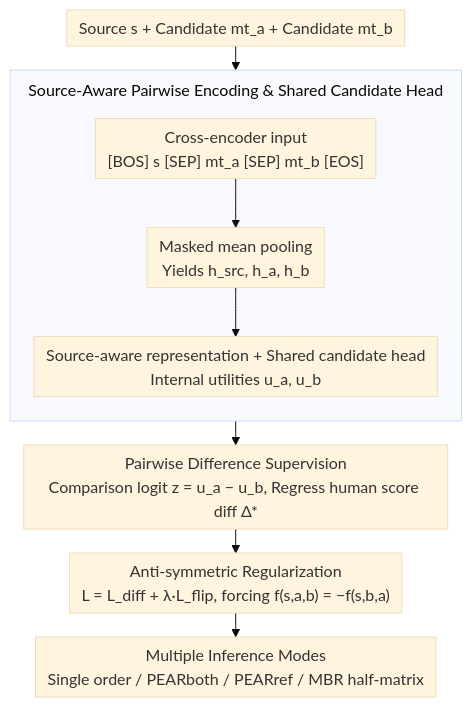
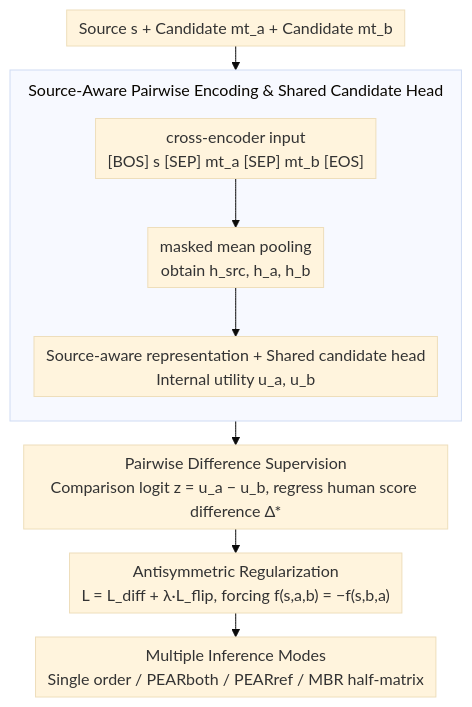
One commit to zhaoyang97/Paper-Notes-en changed the diagram in docs/ACL2026/multilingual_mt/pear_pairwise_evaluation_for_automatic_relative_scoring_in_machine_translation.md. Above: the diagram before and after it, drawn with Mermaid (base theme). The commit also changed other lines of this file and 5084 other files, not shown here.

````diff
--- a/docs/ACL2026/multilingual_mt/pear_pairwise_evaluation_for_automatic_relative_scoring_in_machine_translation.md
+++ b/docs/ACL2026/multilingual_mt/pear_pairwise_evaluation_for_automatic_relative_scoring_in_machine_translation.md
@@ -45,13 +45,13 @@
 ```mermaid
 %%{init: {'flowchart': {'rankSpacing': 24, 'nodeSpacing': 28, 'padding': 6, 'wrappingWidth': 400, 'subGraphTitleMargin': {'top': 8, 'bottom': 16}}}}%%
 flowchart TD
     A["Source s + Candidate mt_a + Candidate mt_b"] --> ENC
     subgraph ENC["Source-Aware Pairwise Encoding & Shared Candidate Head"]
         direction TB
-        B["Cross-encoder input<br/>[BOS] s [SEP] mt_a [SEP] mt_b [EOS]"] --> C["Masked mean pooling<br/>Yields h_src, h_a, h_b"]
-        C --> D["Source-aware representation + Shared candidate head<br/>Internal utilities u_a, u_b"]
+        B["cross-encoder input<br/>[BOS] s [SEP] mt_a [SEP] mt_b [EOS]"] --> C["masked mean pooling<br/>obtain h_src, h_a, h_b"]
+        C --> D["Source-aware representation + Shared candidate head<br/>Internal utility u_a, u_b"]
     end
-    ENC --> E["Pairwise Difference Supervision<br/>Comparison logit z = u_a − u_b, Regress human score diff Δ*"]
-    E --> F["Anti-symmetric Regularization<br/>L = L_diff + λ·L_flip, forcing f(s,a,b) = −f(s,b,a)"]
+    ENC --> E["Pairwise Difference Supervision<br/>Comparison logit z = u_a − u_b, regress human score difference Δ*"]
+    E --> F["Antisymmetric Regularization<br/>L = L_diff + λ·L_flip, forcing f(s,a,b) = −f(s,b,a)"]
     F --> G["Multiple Inference Modes<br/>Single order / PEARboth / PEARref / MBR half-matrix"]
 ```
````
